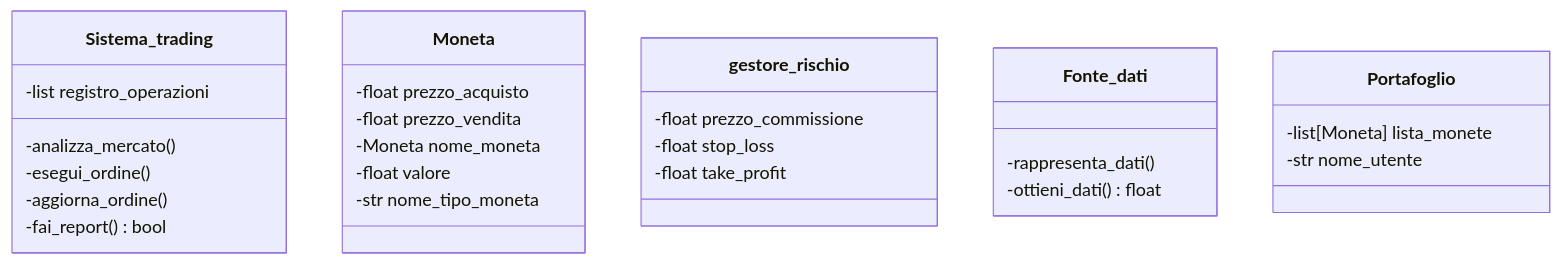
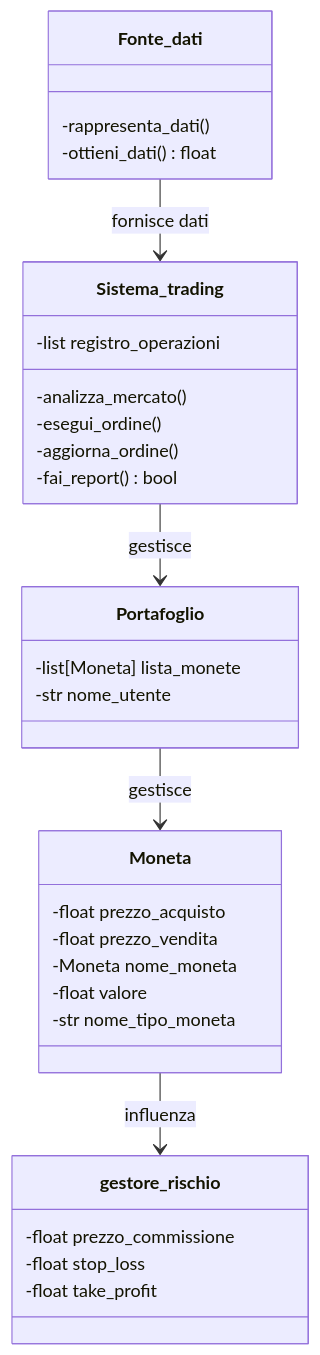
One commit to MarcoArlotti/ssh_sync_4- changed the diagram in arlotti_es29/arlotti_uml.md. Above: the diagram before and after it, drawn with Mermaid. The commit also changed 4 other files, not shown here.

````diff
--- a/arlotti_es29/arlotti_uml.md
+++ b/arlotti_es29/arlotti_uml.md
@@ -1,32 +1,35 @@
 ```mermaid
     classDiagram
 
     class Sistema_trading {
     -analizza_mercato()
     -esegui_ordine()
     -aggiorna_ordine()
     -list registro_operazioni
     -fai_report() bool 
     }
     class Moneta {
     -float prezzo_acquisto
     -float prezzo_vendita
     -Moneta nome_moneta
     -float valore
     -str nome_tipo_moneta
     }
     class gestore_rischio {
     -float prezzo_commissione
     -float stop_loss
     -float take_profit
     }
     class Fonte_dati {
     -rappresenta_dati()
     -ottieni_dati() float
     }
     class Portafoglio {
     -list[Moneta] lista_monete
     -str nome_utente
     }
-    
+    Fonte_dati --> Sistema_trading : fornisce dati
+    Sistema_trading --> Portafoglio : gestisce
+    Portafoglio --> Moneta : gestisce
+    Moneta --> gestore_rischio : influenza
 ```
````
